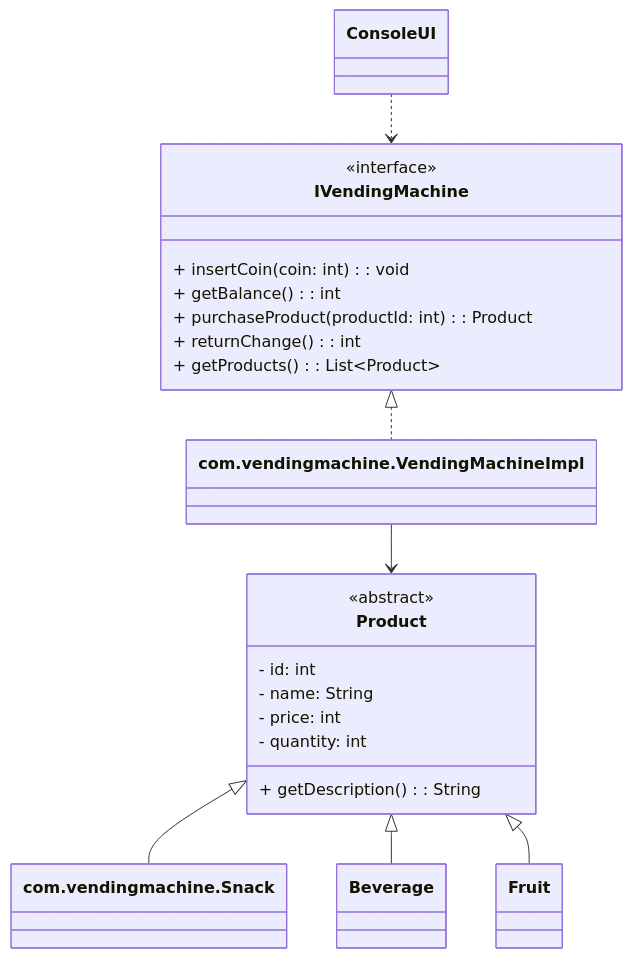
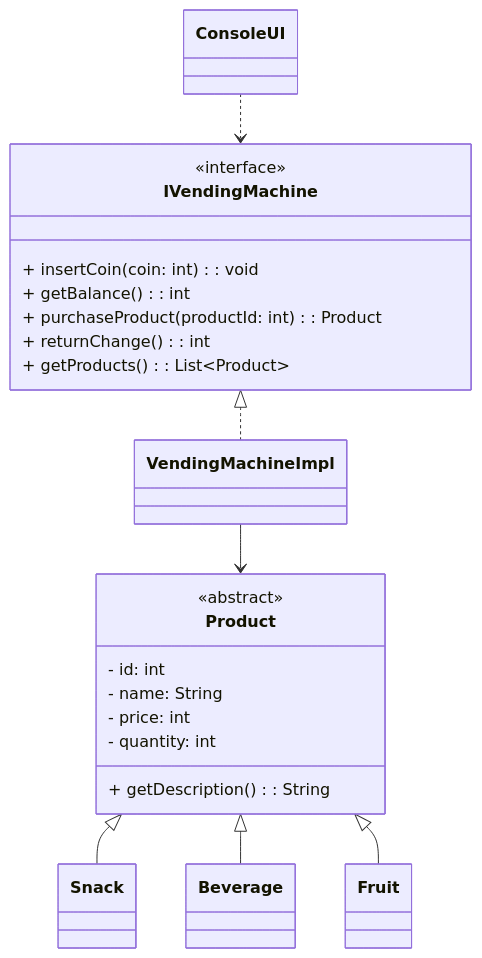
One commit to KristyH89/Workshop8-OOP2-VendingMachine changed the diagram in OOP2_Workshop.md. Above: the diagram before and after it, drawn with Mermaid. The commit also changed other lines of this file, not shown here.

Commit message:
Added OOP2_Workshop
This document contains the instructions of the workshop.

````diff
--- a/OOP2_Workshop.md
+++ b/OOP2_Workshop.md
@@ -80,34 +80,34 @@
 ```mermaid
   classDiagram
     class IVendingMachine {
         <<interface>>
         + insertCoin(coin: int): void
         + getBalance(): int
         + purchaseProduct(productId: int): Product
         + returnChange(): int
         + getProducts(): List~Product~
     }
 
     class Product {
         <<abstract>>
         - id: int
         - name: String
         - price: int
         - quantity: int
         + getDescription(): String
     }
 
-    class com.vendingmachine.Snack
+    class Snack
     class Beverage
     class Fruit
 
-    class com.vendingmachine.VendingMachineImpl
+    class VendingMachineImpl
     class ConsoleUI
 
-    Product <|-- com.vendingmachine.Snack
+    Product <|-- Snack
     Product <|-- Beverage
     Product <|-- Fruit
-    IVendingMachine <|.. com.vendingmachine.VendingMachineImpl
-    com.vendingmachine.VendingMachineImpl --> Product
+    IVendingMachine <|.. VendingMachineImpl
+    VendingMachineImpl --> Product
     ConsoleUI ..> IVendingMachine
 ```
````
